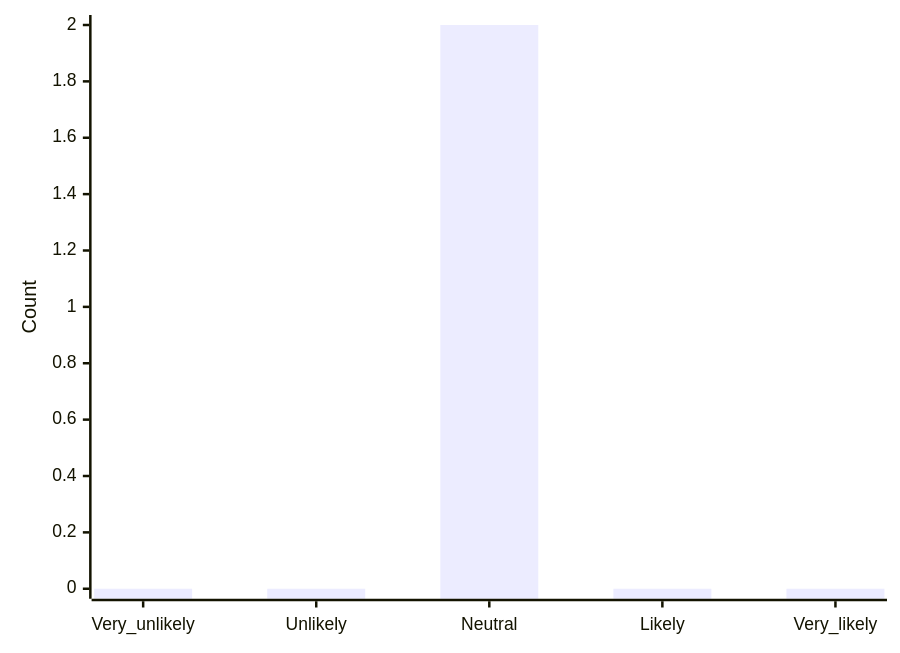
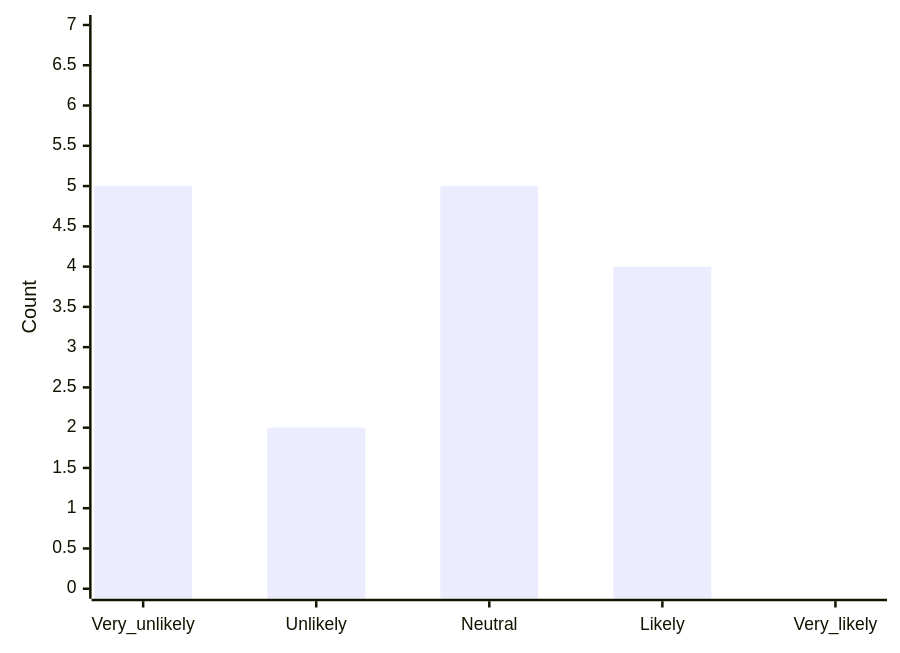
Before and after one commit to S4-Smart-mobile/S4-Smart-Mobile: diagram 13 of 17 in documentation/interviews-surveys/mood-mental-health-survey-V2.md, drawn with Mermaid. The commit also changed other lines of this file, not shown here.

````diff
--- a/documentation/interviews-surveys/mood-mental-health-survey-V2.md
+++ b/documentation/interviews-surveys/mood-mental-health-survey-V2.md
@@ -180,6 +225,6 @@
 ```mermaid
 xychart-beta
     x-axis [Very_unlikely, Unlikely, Neutral, Likely, Very_likely]
-    y-axis "Count"
-    bar [0, 0, 2, 0 ,0]
+    y-axis "Count" 0 --> 7
+    bar [5, 2, 5, 4]
 ```
````
